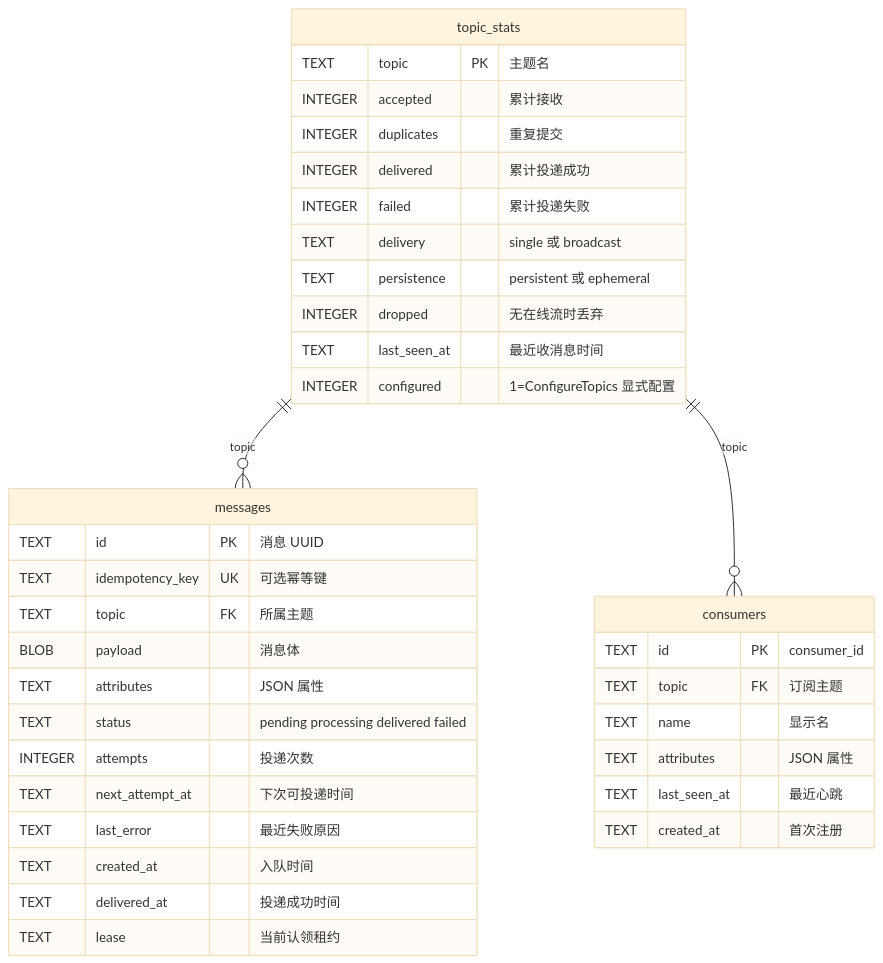
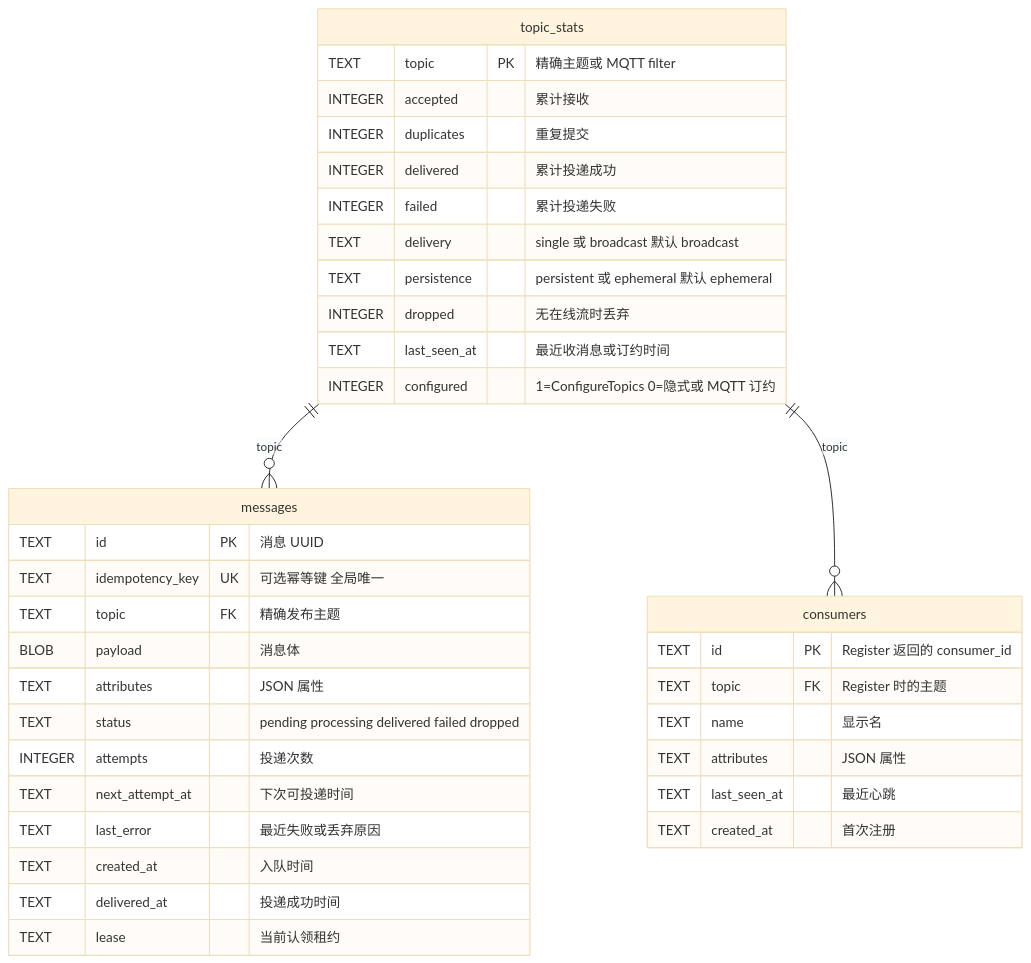
One commit to zhangjianshe/cangling-broker changed the diagram in README.md. Above: the diagram before and after it, drawn with Mermaid (base theme). The commit also changed other lines of this file and 6 other files, not shown here.

````diff
--- a/README.md
+++ b/README.md
@@ -317,42 +320,42 @@
 ```mermaid
 erDiagram
     topic_stats ||--o{ messages : "topic"
     topic_stats ||--o{ consumers : "topic"
 
     topic_stats {
-        TEXT topic PK "主题名"
+        TEXT topic PK "精确主题或 MQTT filter"
         INTEGER accepted "累计接收"
         INTEGER duplicates "重复提交"
         INTEGER delivered "累计投递成功"
         INTEGER failed "累计投递失败"
-        TEXT delivery "single 或 broadcast"
-        TEXT persistence "persistent 或 ephemeral"
+        TEXT delivery "single 或 broadcast 默认 broadcast"
+        TEXT persistence "persistent 或 ephemeral 默认 ephemeral"
         INTEGER dropped "无在线流时丢弃"
-        TEXT last_seen_at "最近收消息时间"
-        INTEGER configured "1=ConfigureTopics 显式配置"
+        TEXT last_seen_at "最近收消息或订约时间"
+        INTEGER configured "1=ConfigureTopics 0=隐式或 MQTT 订约"
     }
 
     messages {
         TEXT id PK "消息 UUID"
-        TEXT idempotency_key UK "可选幂等键"
-        TEXT topic FK "所属主题"
+        TEXT idempotency_key UK "可选幂等键 全局唯一"
+        TEXT topic FK "精确发布主题"
         BLOB payload "消息体"
         TEXT attributes "JSON 属性"
-        TEXT status "pending processing delivered failed"
+        TEXT status "pending processing delivered failed dropped"
         INTEGER attempts "投递次数"
         TEXT next_attempt_at "下次可投递时间"
-        TEXT last_error "最近失败原因"
+        TEXT last_error "最近失败或丢弃原因"
         TEXT created_at "入队时间"
         TEXT delivered_at "投递成功时间"
         TEXT lease "当前认领租约"
     }
 
     consumers {
-        TEXT id PK "consumer_id"
-        TEXT topic FK "订阅主题"
+        TEXT id PK "Register 返回的 consumer_id"
+        TEXT topic FK "Register 时的主题"
         TEXT name "显示名"
         TEXT attributes "JSON 属性"
         TEXT last_seen_at "最近心跳"
         TEXT created_at "首次注册"
     }
 ```
````
